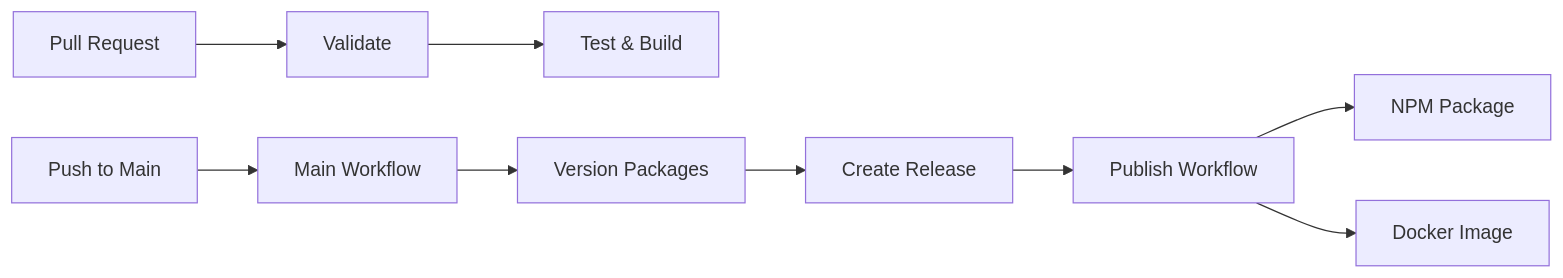
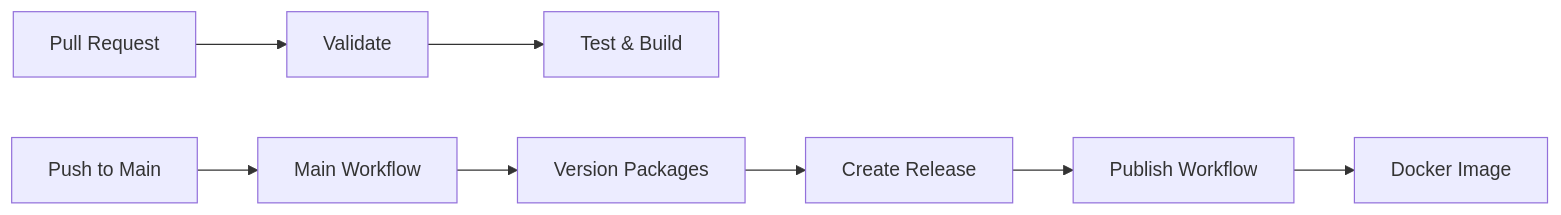
The diagram in .github/WORKFLOWS.md (sapientpants/agentic-nextjs-ts-starter), drawn with Mermaid before and after one commit. The commit also changed other lines of this file and 21 other files, not shown here.

````diff
--- a/.github/WORKFLOWS.md
+++ b/.github/WORKFLOWS.md
@@ -7,12 +7,11 @@
 ```mermaid
 graph LR
     PR[Pull Request] --> VALIDATE[Validate]
     VALIDATE --> TEST[Test & Build]
 
     PUSH[Push to Main] --> MAIN[Main Workflow]
     MAIN --> VERSION[Version Packages]
     VERSION --> RELEASE[Create Release]
     RELEASE --> PUBLISH[Publish Workflow]
-    PUBLISH --> NPM[NPM Package]
     PUBLISH --> DOCKER[Docker Image]
 ```
````
